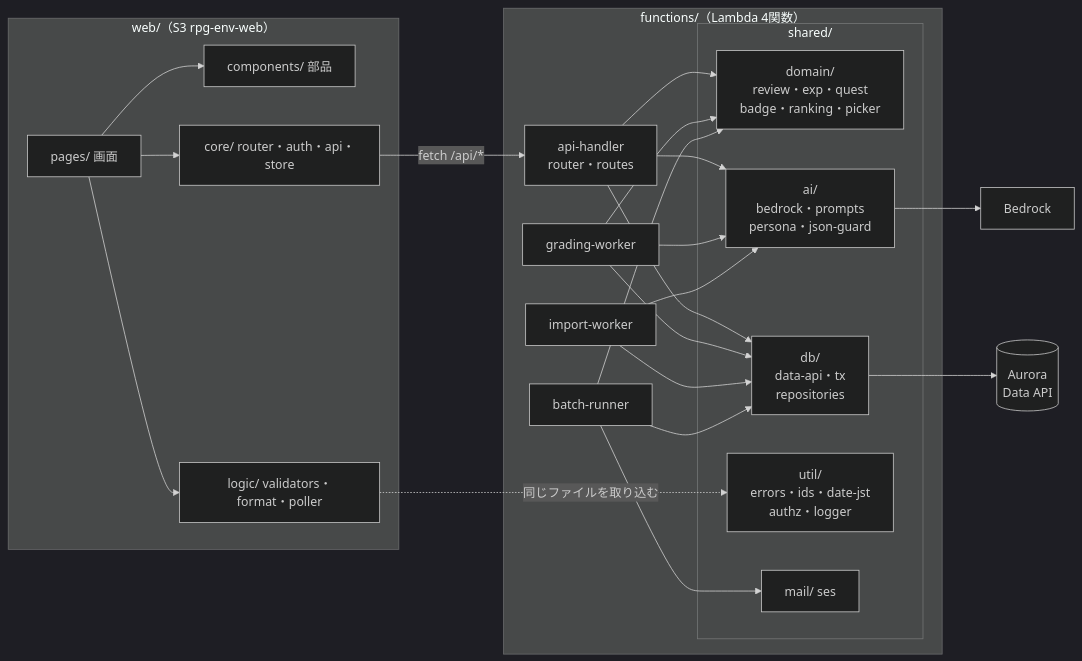
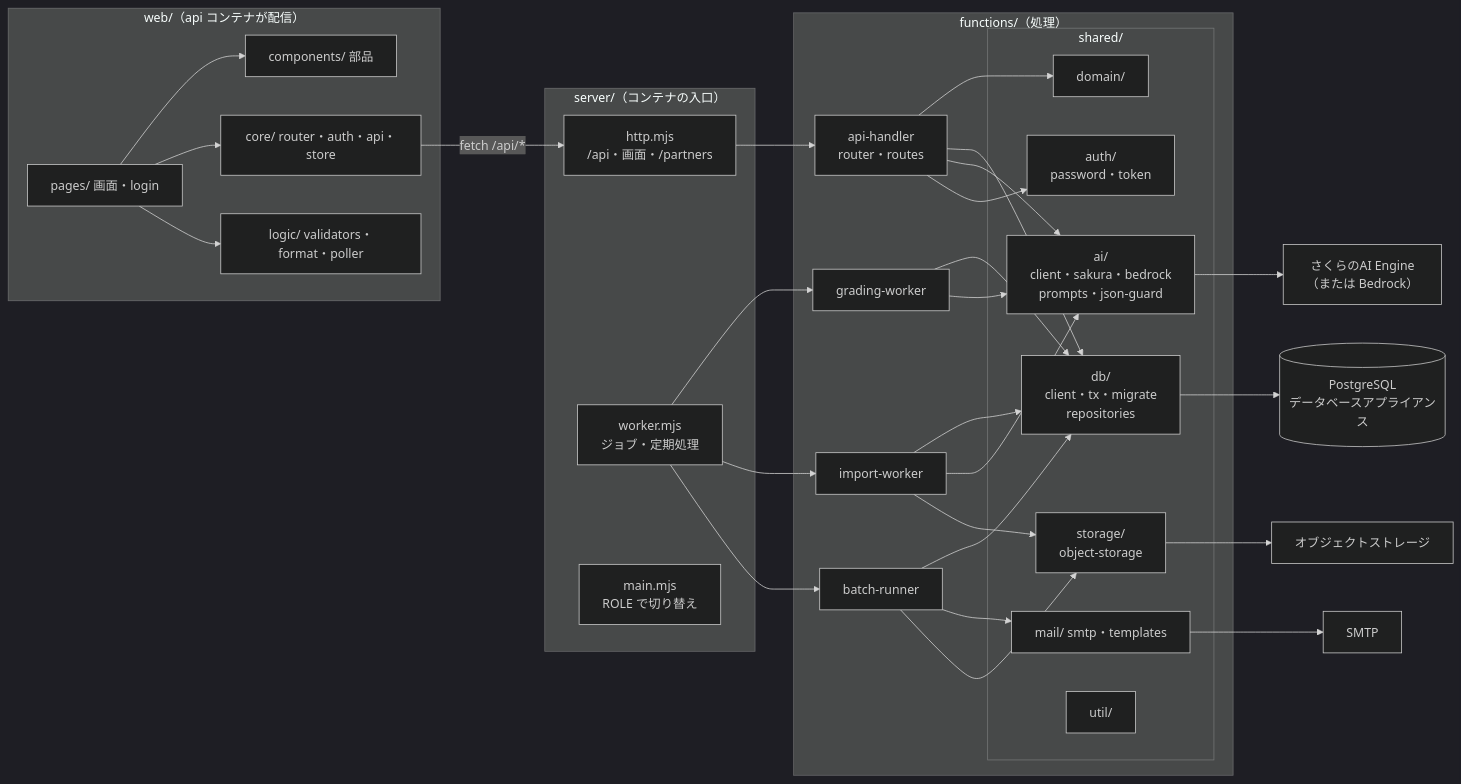
The first of 7 diagrams in documents/詳細設計書_RPG学習アプリ.md (pocarialice/rpglearning), drawn with Mermaid (dark theme) before and after one commit. The commit also changed other lines of this file and 3 other files, not shown here.

````diff
--- a/documents/詳細設計書_RPG学習アプリ.md
+++ b/documents/詳細設計書_RPG学習アプリ.md
@@ -55,36 +59,49 @@
 ```mermaid
 flowchart LR
-  subgraph WEB["web/（S3 rpg-env-web）"]
-    PG["pages/ 画面"] --> CMP["components/ 部品"]
+  subgraph WEB["web/（api コンテナが配信）"]
+    PG["pages/ 画面・login"] --> CMP["components/ 部品"]
     PG --> CORE["core/ router・auth・api・store"]
     PG --> LOGIC["logic/ validators・format・poller"]
   end
-  subgraph FN["functions/（Lambda 4関数）"]
+  subgraph SV["server/（コンテナの入口）"]
+    HTTP["http.mjs<br>/api・画面・/partners"]
+    WK["worker.mjs<br>ジョブ・定期処理"]
+    MAIN["main.mjs<br>ROLE で切り替え"]
+  end
+  subgraph FN["functions/（処理）"]
     API["api-handler<br>router・routes"]
     GRD["grading-worker"]
     IMP["import-worker"]
     BAT["batch-runner"]
     subgraph SH["shared/"]
-      DOM["domain/<br>review・exp・quest<br>badge・ranking・picker"]
-      DB["db/<br>data-api・tx<br>repositories"]
-      AI["ai/<br>bedrock・prompts<br>persona・json-guard"]
-      UT["util/<br>errors・ids・date-jst<br>authz・logger"]
-      ML["mail/ ses"]
+      DOM["domain/"]
+      DB["db/<br>client・tx・migrate<br>repositories"]
+      AI["ai/<br>client・sakura・bedrock<br>prompts・json-guard"]
+      AU["auth/<br>password・token"]
+      ST["storage/<br>object-storage"]
+      ML["mail/ smtp・templates"]
+      UT["util/"]
     end
   end
-  CORE -->|"fetch /api/*"| API
-  LOGIC -.->|"同じファイルを取り込む"| UT
+  CORE -->|"fetch /api/*"| HTTP
+  HTTP --> API
+  WK --> GRD
+  WK --> IMP
+  WK --> BAT
   API --> DOM
   API --> DB
   API --> AI
-  GRD --> DOM
+  API --> AU
   GRD --> DB
   GRD --> AI
   IMP --> DB
   IMP --> AI
-  BAT --> DOM
+  IMP --> ST
   BAT --> DB
   BAT --> ML
-  DB --> AURORA[("Aurora<br>Data API")]
-  AI --> BR["Bedrock"]
+  BAT --> ST
+  DB --> PGDB[("PostgreSQL<br>データベースアプライアンス")]
+  AI --> AIE["さくらのAI Engine<br>（または Bedrock）"]
+  ST --> OBJ["オブジェクトストレージ"]
+  ML --> SMTP["SMTP"]
 ```
````
